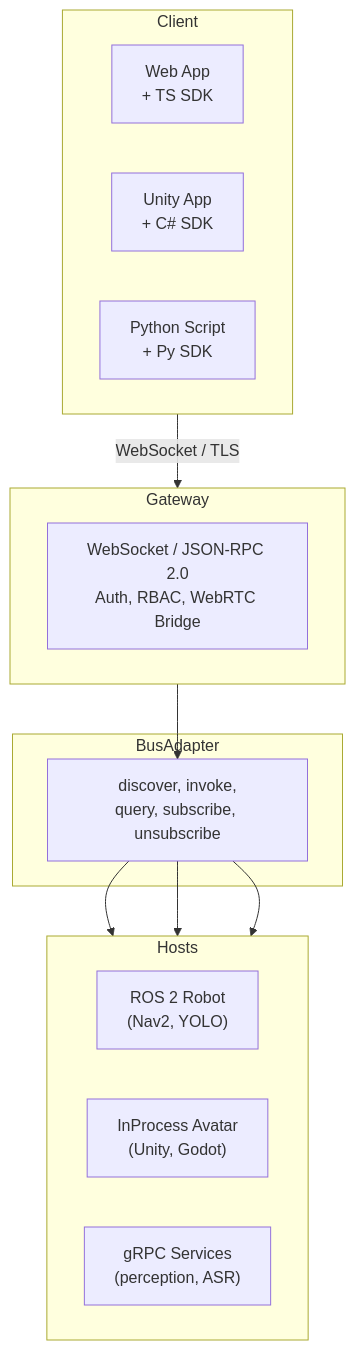
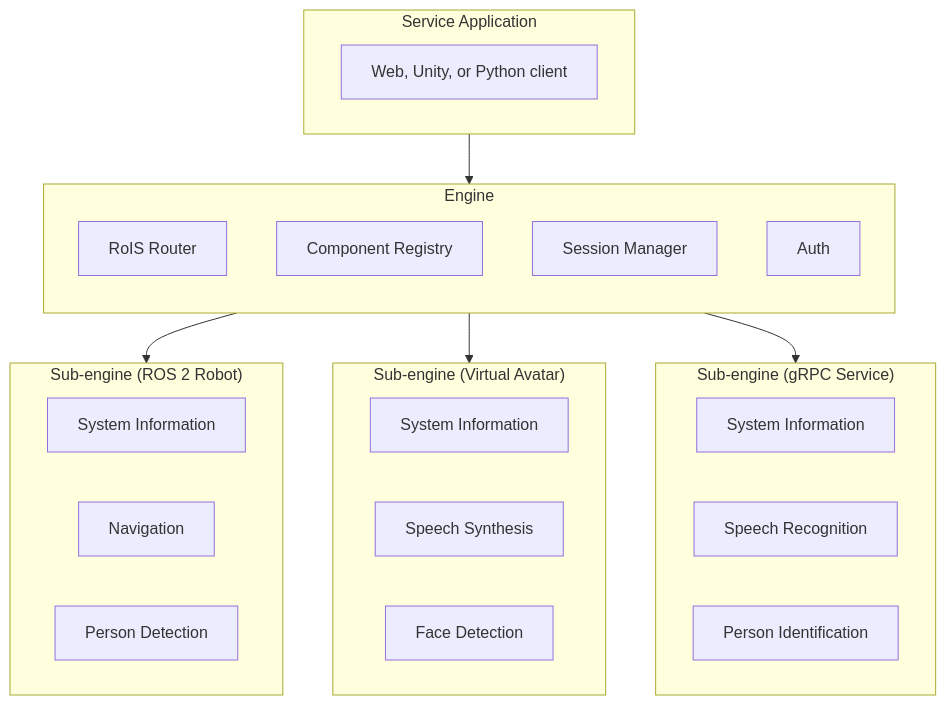
The diagram in profile/README.md (openrois/.github), drawn with Mermaid before and after one commit. The commit also changed other lines of this file, not shown here.

Commit message:
docs: update architecture diagram and description in profile readme
Replace the single-node engine diagram with a detailed mermaid flowchart
showing engine internals (RoIS Router, Component Registry, Session Manager,
Auth) and canonical RoIS components inside each sub-engine. Use a vertical
layout with horizontal sub-engine contents. Update sub-engine titles to a
consistent "Sub-engine (use case)" format. Rewrite the paragraph to clarify
that all layers communicate over WebSocket + JSON-RPC 2.0.

````diff
--- a/profile/README.md
+++ b/profile/README.md
@@ -28,30 +28,38 @@
 ```mermaid
 flowchart TB
-    subgraph L1["Client"]
-        direction LR
-        WebApp["Web App<br/>+ TS SDK"]
-        UnityApp["Unity App<br/>+ C# SDK"]
-        PyScript["Python Script<br/>+ Py SDK"]
+    subgraph L1["Service Application"]
+        App["Web, Unity, or Python client"]
     end
 
-    subgraph L2["Gateway"]
-        GW["WebSocket / JSON-RPC 2.0<br/>Auth, RBAC, WebRTC Bridge"]
+    subgraph L2["Engine"]
+        direction TB
+        Router["RoIS Router"]
+        Registry["Component Registry"]
+        Session["Session Manager"]
+        Auth["Auth"]
     end
 
-    subgraph L3["BusAdapter"]
-        Bus["discover, invoke,<br/>query, subscribe, unsubscribe"]
+    subgraph Robot["Sub-engine (ROS 2 Robot)"]
+        direction LR
+        SysInfo["System Information"]
+        Nav["Navigation"]
+        Detect["Person Detection"]
+    end
+    subgraph Avatar["Sub-engine (Virtual Avatar)"]
+        direction LR
+        AvatarSys["System Information"]
+        Speech["Speech Synthesis"]
+        Face["Face Detection"]
+    end
+    subgraph AIService["Sub-engine (gRPC Service)"]
+        direction LR
+        AISys["System Information"]
+        ASR["Speech Recognition"]
+        Ident["Person Identification"]
     end
 
-    subgraph L4["Hosts"]
-        direction LR
-        Robot["ROS 2 Robot<br/>(Nav2, YOLO)"]
-        Avatar["InProcess Avatar<br/>(Unity, Godot)"]
-        Services["gRPC Services<br/>(perception, ASR)"]
-    end
-
-    L1 -->|"WebSocket / TLS"| L2
-    L2 --> Bus
-    Bus --> Robot
-    Bus --> Avatar
-    Bus --> Services
+    L1 --> L2
+    L2 --> Robot
+    L2 --> Avatar
+    L2 --> AIService
 ```
````
